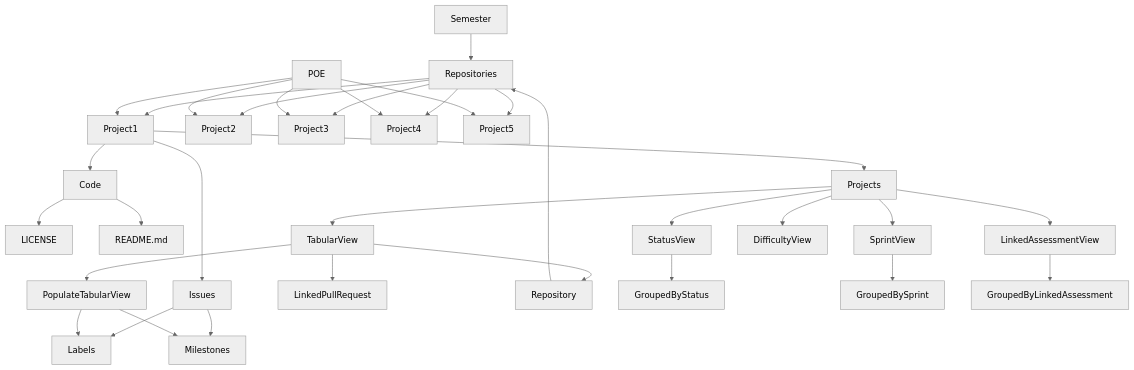
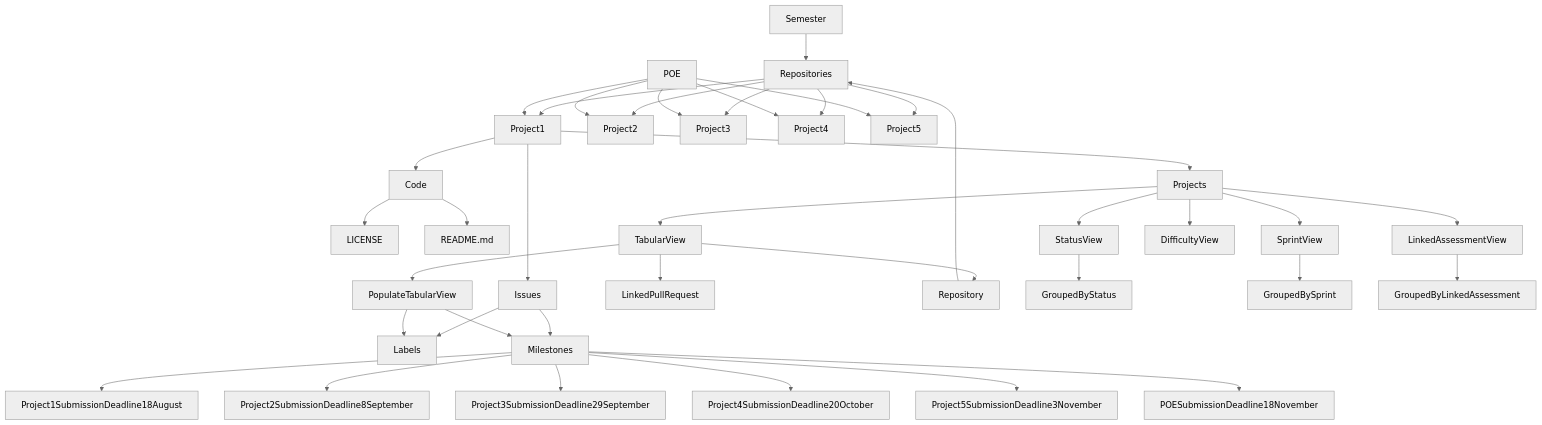
One commit to Mosotho888/CMPG-323-Overview---35551178 changed the diagram in README.md. Above: the diagram before and after it, drawn with Mermaid (neutral theme).

````diff
--- a/README.md
+++ b/README.md
@@ -12,35 +12,41 @@
 ```mermaid
 graph TB;
       Semester-->Repositories;
       Repositories-->Project1;
       Repositories-->Project2;
       Repositories-->Project3;
       Repositories-->Project4;
       Repositories-->Project5;
       POE-->Project1;
       POE-->Project2;
       POE-->Project3;
       POE-->Project4;
       POE-->Project5;
       Project1-->Code;
       Project1-->Issues;
       Project1-->Projects;
       Code-->LICENSE;
       Code-->README.md;
       Issues-->Labels;
       Issues-->Milestones;
+      Milestones-->Project1SubmissionDeadline18August;
+      Milestones-->Project2SubmissionDeadline8September;
+      Milestones-->Project3SubmissionDeadline29September;
+      Milestones-->Project4SubmissionDeadline20October;
+      Milestones-->Project5SubmissionDeadline3November;
+      Milestones-->POESubmissionDeadline18November;
       Projects-->TabularView;
       Projects-->StatusView;
       Projects-->SprintView;
       Projects-->LinkedAssessmentView;
       Projects-->DifficultyView;
       TabularView-->PopulateTabularView;
       TabularView-->LinkedPullRequest;
       TabularView-->Repository;
       PopulateTabularView-->Milestones;
       PopulateTabularView-->Labels;
       StatusView-->GroupedByStatus;
       SprintView-->GroupedBySprint;
       LinkedAssessmentView-->GroupedByLinkedAssessment;
       Repository-->Repositories;
 ```
````
